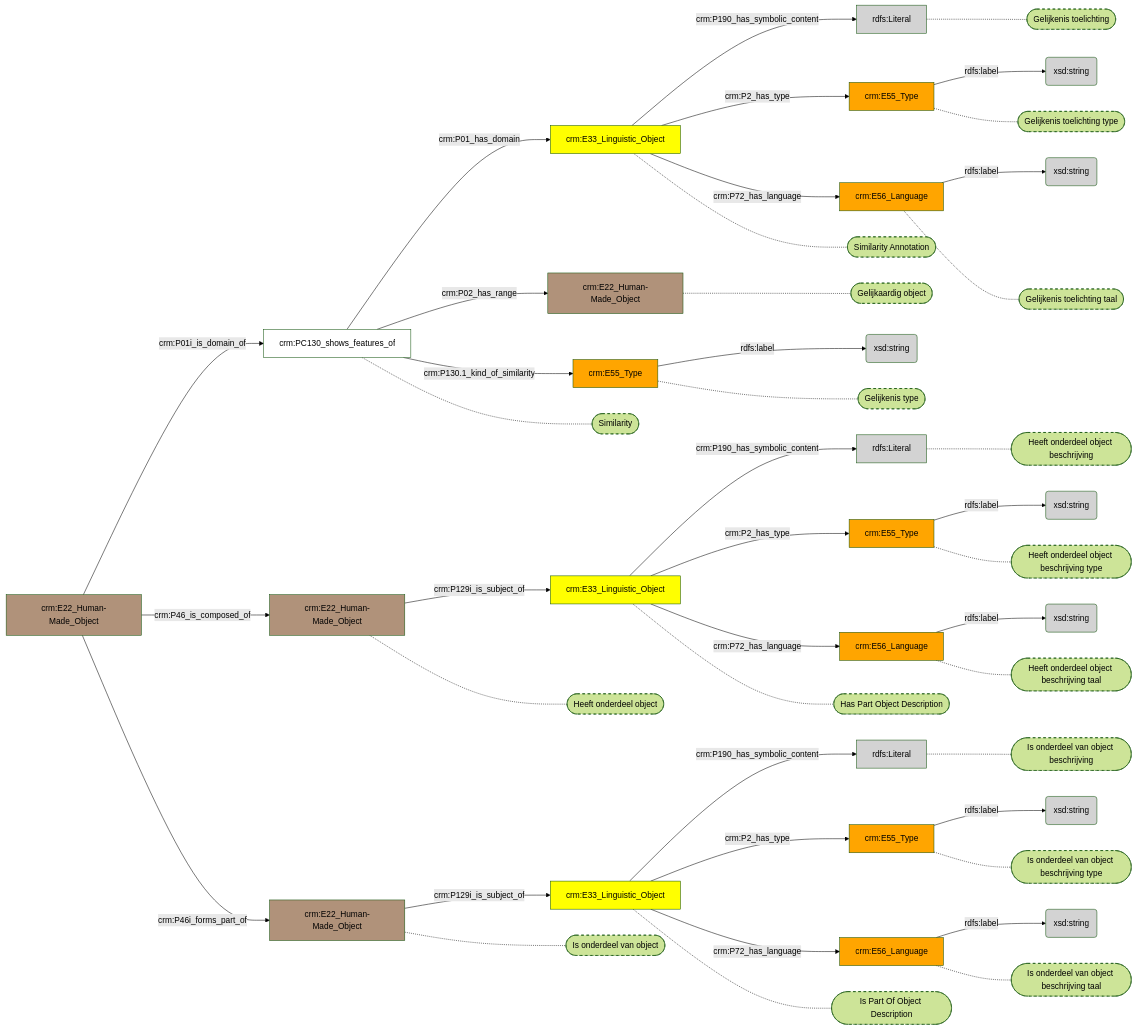
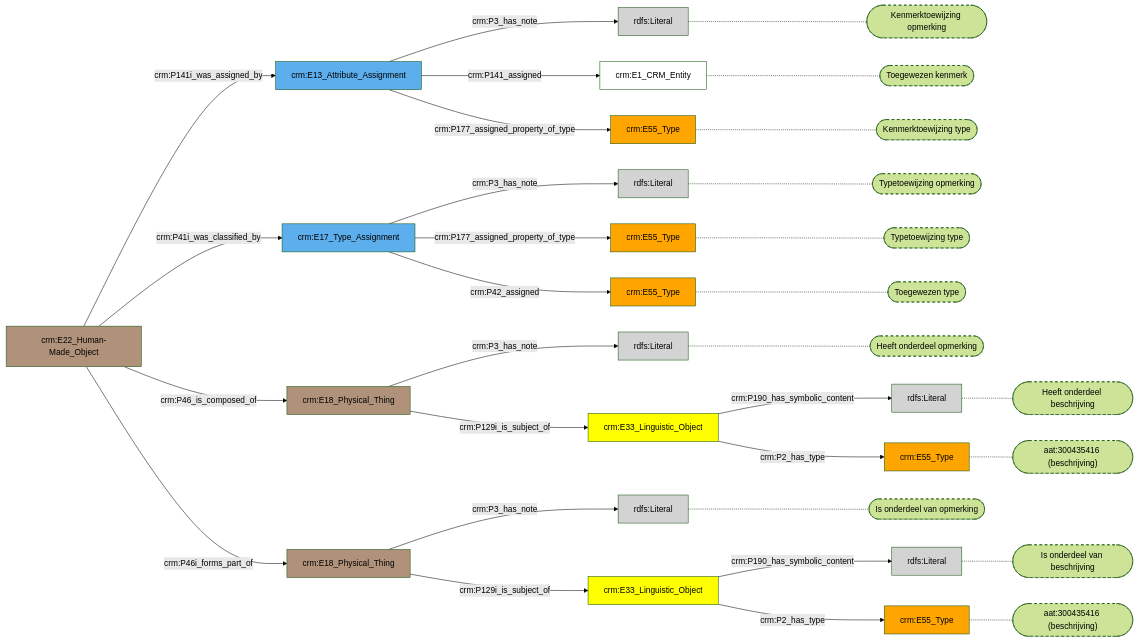
One commit to digipolisantwerpdocumentation/antwerp-cultureel-erfgoed changed the diagram in docs/content/modellen/MuseologicalObject/Verwijzingen.md. Above: the diagram before and after it, drawn with Mermaid (forest theme). The commit also changed 170 other files, not shown here.

````diff
--- a/docs/content/modellen/MuseologicalObject/Verwijzingen.md
+++ b/docs/content/modellen/MuseologicalObject/Verwijzingen.md
@@ -1,86 +1,64 @@
 ```mermaid
 graph LR
-6667fc1a-7c8b-11ee-b60e-00163e71351b["crm:E33_Linguistic_Object"]-->|"crm:P190_has_symbolic_content"|66680264-7c8b-11ee-b60e-00163e71351b(rdfs:Literal)
-6667fff8-7c8b-11ee-b60e-00163e71351b["crm:E55_Type"]-->|"rdfs:label"|6668044e-7c8b-11ee-b60e-00163e71351b(xsd:string)
-6668016a-7c8b-11ee-b60e-00163e71351b["crm:E56_Language"]-->|"rdfs:label"|6668035e-7c8b-11ee-b60e-00163e71351b(xsd:string)
-911ac432-7c8c-11ee-a49f-00163e71351b["crm:E33_Linguistic_Object"]-->|"crm:P190_has_symbolic_content"|911aca68-7c8c-11ee-a49f-00163e71351b(rdfs:Literal)
-911ac838-7c8c-11ee-a49f-00163e71351b["crm:E55_Type"]-->|"rdfs:label"|911acc34-7c8c-11ee-a49f-00163e71351b(xsd:string)
-911ac96e-7c8c-11ee-a49f-00163e71351b["crm:E56_Language"]-->|"rdfs:label"|911acb4e-7c8c-11ee-a49f-00163e71351b(xsd:string)
-e12c2308-1012-11ee-b0c4-00163e71351b["crm:E55_Type"]-->|"rdfs:label"|2dac340c-20bc-11ee-a9ac-00163e71351b(xsd:string)
-ff7b00a6-7c8a-11ee-a49f-00163e71351b["crm:E33_Linguistic_Object"]-->|"crm:P190_has_symbolic_content"|ff7b1d48-7c8a-11ee-a49f-00163e71351b(rdfs:Literal)
-ff7b1af0-7c8a-11ee-a49f-00163e71351b["crm:E55_Type"]-->|"rdfs:label"|ff7b1f6e-7c8a-11ee-a49f-00163e71351b(xsd:string)
-ff7b1c44-7c8a-11ee-a49f-00163e71351b["crm:E56_Language"]-->|"rdfs:label"|ff7b1e7e-7c8a-11ee-a49f-00163e71351b(xsd:string)
-261b3b98-45a1-11ee-bc5c-00163e71351b["crm:E22_Human-Made_Object"]-->|"crm:P129i_is_subject_of"|ff7b00a6-7c8a-11ee-a49f-00163e71351b["crm:E33_Linguistic_Object"]
-6667fc1a-7c8b-11ee-b60e-00163e71351b["crm:E33_Linguistic_Object"]-->|"crm:P2_has_type"|6667fff8-7c8b-11ee-b60e-00163e71351b["crm:E55_Type"]
-6667fc1a-7c8b-11ee-b60e-00163e71351b["crm:E33_Linguistic_Object"]-->|"crm:P72_has_language"|6668016a-7c8b-11ee-b60e-00163e71351b["crm:E56_Language"]
-911ac432-7c8c-11ee-a49f-00163e71351b["crm:E33_Linguistic_Object"]-->|"crm:P2_has_type"|911ac838-7c8c-11ee-a49f-00163e71351b["crm:E55_Type"]
-911ac432-7c8c-11ee-a49f-00163e71351b["crm:E33_Linguistic_Object"]-->|"crm:P72_has_language"|911ac96e-7c8c-11ee-a49f-00163e71351b["crm:E56_Language"]
-c4cb4c24-45a1-11ee-bc5c-00163e71351b["crm:E22_Human-Made_Object"]-->|"crm:P129i_is_subject_of"|6667fc1a-7c8b-11ee-b60e-00163e71351b["crm:E33_Linguistic_Object"]
-ede4725e-100c-11ee-a9ac-00163e71351b["crm:PC130_shows_features_of"]-->|"crm:P01_has_domain"|911ac432-7c8c-11ee-a49f-00163e71351b["crm:E33_Linguistic_Object"]
-ede4725e-100c-11ee-a9ac-00163e71351b["crm:PC130_shows_features_of"]-->|"crm:P02_has_range"|bf90198e-1012-11ee-a9ac-00163e71351b["crm:E22_Human-Made_Object"]
-ede4725e-100c-11ee-a9ac-00163e71351b["crm:PC130_shows_features_of"]-->|"crm:P130.1_kind_of_similarity"|e12c2308-1012-11ee-b0c4-00163e71351b["crm:E55_Type"]
-fa95cea2-dd27-11ed-9655-00163e71351b["crm:E22_Human-Made_Object"]-->|"crm:P01i_is_domain_of"|ede4725e-100c-11ee-a9ac-00163e71351b["crm:PC130_shows_features_of"]
-fa95cea2-dd27-11ed-9655-00163e71351b["crm:E22_Human-Made_Object"]-->|"crm:P46_is_composed_of"|261b3b98-45a1-11ee-bc5c-00163e71351b["crm:E22_Human-Made_Object"]
-fa95cea2-dd27-11ed-9655-00163e71351b["crm:E22_Human-Made_Object"]-->|"crm:P46i_forms_part_of"|c4cb4c24-45a1-11ee-bc5c-00163e71351b["crm:E22_Human-Made_Object"]
-ff7b00a6-7c8a-11ee-a49f-00163e71351b["crm:E33_Linguistic_Object"]-->|"crm:P2_has_type"|ff7b1af0-7c8a-11ee-a49f-00163e71351b["crm:E55_Type"]
-ff7b00a6-7c8a-11ee-a49f-00163e71351b["crm:E33_Linguistic_Object"]-->|"crm:P72_has_language"|ff7b1c44-7c8a-11ee-a49f-00163e71351b["crm:E56_Language"]
-ff7b00a6-7c8a-11ee-a49f-00163e71351b["crm:E33_Linguistic_Object"]-.-ff7b00a6-7c8a-11ee-a49f-00163e71351b_s(["Has Part Object Description"])
-66680264-7c8b-11ee-b60e-00163e71351b["rdfs:Literal"]-.-66680264-7c8b-11ee-b60e-00163e71351b_s(["Is onderdeel van object beschrijving"])
-6667fff8-7c8b-11ee-b60e-00163e71351b["crm:E55_Type"]-.-6667fff8-7c8b-11ee-b60e-00163e71351b_s(["Is onderdeel van object beschrijving type"])
-6668016a-7c8b-11ee-b60e-00163e71351b["crm:E56_Language"]-.-6668016a-7c8b-11ee-b60e-00163e71351b_s(["Is onderdeel van object beschrijving taal"])
-911aca68-7c8c-11ee-a49f-00163e71351b["rdfs:Literal"]-.-911aca68-7c8c-11ee-a49f-00163e71351b_s(["Gelijkenis toelichting"])
-911ac838-7c8c-11ee-a49f-00163e71351b["crm:E55_Type"]-.-911ac838-7c8c-11ee-a49f-00163e71351b_s(["Gelijkenis toelichting type"])
-911ac96e-7c8c-11ee-a49f-00163e71351b["crm:E56_Language"]-.-911ac96e-7c8c-11ee-a49f-00163e71351b_s(["Gelijkenis toelichting taal"])
-6667fc1a-7c8b-11ee-b60e-00163e71351b["crm:E33_Linguistic_Object"]-.-6667fc1a-7c8b-11ee-b60e-00163e71351b_s(["Is Part Of Object Description"])
-911ac432-7c8c-11ee-a49f-00163e71351b["crm:E33_Linguistic_Object"]-.-911ac432-7c8c-11ee-a49f-00163e71351b_s(["Similarity Annotation"])
-bf90198e-1012-11ee-a9ac-00163e71351b["crm:E22_Human-Made_Object"]-.-bf90198e-1012-11ee-a9ac-00163e71351b_s(["Gelijkaardig object"])
-e12c2308-1012-11ee-b0c4-00163e71351b["crm:E55_Type"]-.-e12c2308-1012-11ee-b0c4-00163e71351b_s(["Gelijkenis type"])
-ede4725e-100c-11ee-a9ac-00163e71351b["crm:PC130_shows_features_of"]-.-ede4725e-100c-11ee-a9ac-00163e71351b_s(["Similarity"])
-261b3b98-45a1-11ee-bc5c-00163e71351b["crm:E22_Human-Made_Object"]-.-261b3b98-45a1-11ee-bc5c-00163e71351b_s(["Heeft onderdeel object"])
-c4cb4c24-45a1-11ee-bc5c-00163e71351b["crm:E22_Human-Made_Object"]-.-c4cb4c24-45a1-11ee-bc5c-00163e71351b_s(["Is onderdeel van object"])
-ff7b1d48-7c8a-11ee-a49f-00163e71351b["rdfs:Literal"]-.-ff7b1d48-7c8a-11ee-a49f-00163e71351b_s(["Heeft onderdeel object beschrijving"])
-ff7b1af0-7c8a-11ee-a49f-00163e71351b["crm:E55_Type"]-.-ff7b1af0-7c8a-11ee-a49f-00163e71351b_s(["Heeft onderdeel object beschrijving type"])
-ff7b1c44-7c8a-11ee-a49f-00163e71351b["crm:E56_Language"]-.-ff7b1c44-7c8a-11ee-a49f-00163e71351b_s(["Heeft onderdeel object beschrijving taal"])
-style ff7b00a6-7c8a-11ee-a49f-00163e71351b_s stroke-dasharray: 5
-style 66680264-7c8b-11ee-b60e-00163e71351b_s stroke-dasharray: 5
-style 6667fff8-7c8b-11ee-b60e-00163e71351b_s stroke-dasharray: 5
-style 6668016a-7c8b-11ee-b60e-00163e71351b_s stroke-dasharray: 5
-style 911aca68-7c8c-11ee-a49f-00163e71351b_s stroke-dasharray: 5
-style 911ac838-7c8c-11ee-a49f-00163e71351b_s stroke-dasharray: 5
-style 911ac96e-7c8c-11ee-a49f-00163e71351b_s stroke-dasharray: 5
-style 6667fc1a-7c8b-11ee-b60e-00163e71351b_s stroke-dasharray: 5
-style 911ac432-7c8c-11ee-a49f-00163e71351b_s stroke-dasharray: 5
-style bf90198e-1012-11ee-a9ac-00163e71351b_s stroke-dasharray: 5
-style e12c2308-1012-11ee-b0c4-00163e71351b_s stroke-dasharray: 5
-style ede4725e-100c-11ee-a9ac-00163e71351b_s stroke-dasharray: 5
-style 261b3b98-45a1-11ee-bc5c-00163e71351b_s stroke-dasharray: 5
-style c4cb4c24-45a1-11ee-bc5c-00163e71351b_s stroke-dasharray: 5
-style ff7b1d48-7c8a-11ee-a49f-00163e71351b_s stroke-dasharray: 5
-style ff7b1af0-7c8a-11ee-a49f-00163e71351b_s stroke-dasharray: 5
-style ff7b1c44-7c8a-11ee-a49f-00163e71351b_s stroke-dasharray: 5
-style 261b3b98-45a1-11ee-bc5c-00163e71351b fill:#B0927A
-style 2dac340c-20bc-11ee-a9ac-00163e71351b fill:#D3D3D3
-style 6667fc1a-7c8b-11ee-b60e-00163e71351b fill:#ffff00
-style 6667fff8-7c8b-11ee-b60e-00163e71351b fill:#ffa500
-style 6668016a-7c8b-11ee-b60e-00163e71351b fill:#ffa500
-style 66680264-7c8b-11ee-b60e-00163e71351b fill:#D3D3D3
-style 6668035e-7c8b-11ee-b60e-00163e71351b fill:#D3D3D3
-style 6668044e-7c8b-11ee-b60e-00163e71351b fill:#D3D3D3
-style 911ac432-7c8c-11ee-a49f-00163e71351b fill:#ffff00
-style 911ac838-7c8c-11ee-a49f-00163e71351b fill:#ffa500
-style 911ac96e-7c8c-11ee-a49f-00163e71351b fill:#ffa500
-style 911aca68-7c8c-11ee-a49f-00163e71351b fill:#D3D3D3
-style 911acb4e-7c8c-11ee-a49f-00163e71351b fill:#D3D3D3
-style 911acc34-7c8c-11ee-a49f-00163e71351b fill:#D3D3D3
-style bf90198e-1012-11ee-a9ac-00163e71351b fill:#B0927A
-style c4cb4c24-45a1-11ee-bc5c-00163e71351b fill:#B0927A
-style e12c2308-1012-11ee-b0c4-00163e71351b fill:#ffa500
-style ede4725e-100c-11ee-a9ac-00163e71351b fill:#ffffff
+style 13037bd2-181f-11ef-8625-960002548b4f fill:#5DAEEC
+style 13037e31-181f-11ef-8b75-960002548b4f fill:#ffa500
+style 13037ee1-181f-11ef-9f3d-960002548b4f fill:#D3D3D3
+style 13037f63-181f-11ef-860a-960002548b4f fill:#ffffff
+style 2de9cc6c-136b-11ef-bcb7-960002548b4f fill:#D3D3D3
+style 481b1292-136a-11ef-992f-960002548b4f fill:#B0927A
+style 4ae00d89-12d0-11ef-829f-960002548b4f fill:#B0927A
+style 4b2dbaf6-136b-11ef-a9b6-960002548b4f fill:#ffa500
+style 67d7a2d9-136a-11ef-81bd-960002548b4f fill:#D3D3D3
+style 70c64122-1359-11ef-91a0-960002548b4f fill:#ffff00
+style aa7e3142-12d0-11ef-bf9e-960002548b4f fill:#D3D3D3
+style b6658160-1359-11ef-b19a-960002548b4f fill:#ffa500
+style e233ecd1-136a-11ef-8896-960002548b4f fill:#ffff00
+style f48c7ee6-1359-11ef-beda-960002548b4f fill:#D3D3D3
 style fa95cea2-dd27-11ed-9655-00163e71351b fill:#B0927A
-style ff7b00a6-7c8a-11ee-a49f-00163e71351b fill:#ffff00
-style ff7b1af0-7c8a-11ee-a49f-00163e71351b fill:#ffa500
-style ff7b1c44-7c8a-11ee-a49f-00163e71351b fill:#ffa500
-style ff7b1d48-7c8a-11ee-a49f-00163e71351b fill:#D3D3D3
-style ff7b1e7e-7c8a-11ee-a49f-00163e71351b fill:#D3D3D3
-style ff7b1f6e-7c8a-11ee-a49f-00163e71351b fill:#D3D3D3
+style feacd607-181e-11ef-9739-960002548b4f fill:#5DAEEC
+style feacd83c-181e-11ef-ba0b-960002548b4f fill:#ffa500
+style feacd8ea-181e-11ef-bb50-960002548b4f fill:#ffa500
+style feacda5f-181e-11ef-9a6c-960002548b4f fill:#D3D3D3
+13037bd2-181f-11ef-8625-960002548b4f["crm:E13_Attribute_Assignment"]-->|"crm:P3_has_note"|13037ee1-181f-11ef-9f3d-960002548b4f(rdfs:Literal)
+481b1292-136a-11ef-992f-960002548b4f["crm:E18_Physical_Thing"]-->|"crm:P3_has_note"|67d7a2d9-136a-11ef-81bd-960002548b4f(rdfs:Literal)
+4ae00d89-12d0-11ef-829f-960002548b4f["crm:E18_Physical_Thing"]-->|"crm:P3_has_note"|aa7e3142-12d0-11ef-bf9e-960002548b4f(rdfs:Literal)
+70c64122-1359-11ef-91a0-960002548b4f["crm:E33_Linguistic_Object"]-->|"crm:P190_has_symbolic_content"|f48c7ee6-1359-11ef-beda-960002548b4f(rdfs:Literal)
+e233ecd1-136a-11ef-8896-960002548b4f["crm:E33_Linguistic_Object"]-->|"crm:P190_has_symbolic_content"|2de9cc6c-136b-11ef-bcb7-960002548b4f(rdfs:Literal)
+feacd607-181e-11ef-9739-960002548b4f["crm:E17_Type_Assignment"]-->|"crm:P3_has_note"|feacda5f-181e-11ef-9a6c-960002548b4f(rdfs:Literal)
+style 13037f63-181f-11ef-860a-960002548b4f_s stroke-dasharray: 5
+style 13037e31-181f-11ef-8b75-960002548b4f_s stroke-dasharray: 5
+style 13037ee1-181f-11ef-9f3d-960002548b4f_s stroke-dasharray: 5
+style 67d7a2d9-136a-11ef-81bd-960002548b4f_s stroke-dasharray: 5
+style aa7e3142-12d0-11ef-bf9e-960002548b4f_s stroke-dasharray: 5
+style f48c7ee6-1359-11ef-beda-960002548b4f_s stroke-dasharray: 5
+style b6658160-1359-11ef-b19a-960002548b4f_s stroke-dasharray: 5
+style 2de9cc6c-136b-11ef-bcb7-960002548b4f_s stroke-dasharray: 5
+style 4b2dbaf6-136b-11ef-a9b6-960002548b4f_s stroke-dasharray: 5
+style feacd83c-181e-11ef-ba0b-960002548b4f_s stroke-dasharray: 5
+style feacda5f-181e-11ef-9a6c-960002548b4f_s stroke-dasharray: 5
+style feacd8ea-181e-11ef-bb50-960002548b4f_s stroke-dasharray: 5
+13037f63-181f-11ef-860a-960002548b4f["crm:E1_CRM_Entity"]-.-13037f63-181f-11ef-860a-960002548b4f_s(["Toegewezen kenmerk"])
+13037e31-181f-11ef-8b75-960002548b4f["crm:E55_Type"]-.-13037e31-181f-11ef-8b75-960002548b4f_s(["Kenmerktoewijzing type"])
+13037ee1-181f-11ef-9f3d-960002548b4f["rdfs:Literal"]-.-13037ee1-181f-11ef-9f3d-960002548b4f_s(["Kenmerktoewijzing opmerking"])
+67d7a2d9-136a-11ef-81bd-960002548b4f["rdfs:Literal"]-.-67d7a2d9-136a-11ef-81bd-960002548b4f_s(["Heeft onderdeel opmerking"])
+aa7e3142-12d0-11ef-bf9e-960002548b4f["rdfs:Literal"]-.-aa7e3142-12d0-11ef-bf9e-960002548b4f_s(["Is onderdeel van opmerking"])
+f48c7ee6-1359-11ef-beda-960002548b4f["rdfs:Literal"]-.-f48c7ee6-1359-11ef-beda-960002548b4f_s(["Is onderdeel van beschrijving"])
+b6658160-1359-11ef-b19a-960002548b4f["crm:E55_Type"]-.-b6658160-1359-11ef-b19a-960002548b4f_s(["aat:300435416 (beschrijving)"])
+2de9cc6c-136b-11ef-bcb7-960002548b4f["rdfs:Literal"]-.-2de9cc6c-136b-11ef-bcb7-960002548b4f_s(["Heeft onderdeel beschrijving"])
+4b2dbaf6-136b-11ef-a9b6-960002548b4f["crm:E55_Type"]-.-4b2dbaf6-136b-11ef-a9b6-960002548b4f_s(["aat:300435416 (beschrijving)"])
+feacd83c-181e-11ef-ba0b-960002548b4f["crm:E55_Type"]-.-feacd83c-181e-11ef-ba0b-960002548b4f_s(["Typetoewijzing type"])
+feacda5f-181e-11ef-9a6c-960002548b4f["rdfs:Literal"]-.-feacda5f-181e-11ef-9a6c-960002548b4f_s(["Typetoewijzing opmerking"])
+feacd8ea-181e-11ef-bb50-960002548b4f["crm:E55_Type"]-.-feacd8ea-181e-11ef-bb50-960002548b4f_s(["Toegewezen type"])
+13037bd2-181f-11ef-8625-960002548b4f["crm:E13_Attribute_Assignment"]-->|"crm:P141_assigned"|13037f63-181f-11ef-860a-960002548b4f["crm:E1_CRM_Entity"]
+13037bd2-181f-11ef-8625-960002548b4f["crm:E13_Attribute_Assignment"]-->|"crm:P177_assigned_property_of_type"|13037e31-181f-11ef-8b75-960002548b4f["crm:E55_Type"]
+481b1292-136a-11ef-992f-960002548b4f["crm:E18_Physical_Thing"]-->|"crm:P129i_is_subject_of"|e233ecd1-136a-11ef-8896-960002548b4f["crm:E33_Linguistic_Object"]
+4ae00d89-12d0-11ef-829f-960002548b4f["crm:E18_Physical_Thing"]-->|"crm:P129i_is_subject_of"|70c64122-1359-11ef-91a0-960002548b4f["crm:E33_Linguistic_Object"]
+70c64122-1359-11ef-91a0-960002548b4f["crm:E33_Linguistic_Object"]-->|"crm:P2_has_type"|b6658160-1359-11ef-b19a-960002548b4f["crm:E55_Type"]
+e233ecd1-136a-11ef-8896-960002548b4f["crm:E33_Linguistic_Object"]-->|"crm:P2_has_type"|4b2dbaf6-136b-11ef-a9b6-960002548b4f["crm:E55_Type"]
+fa95cea2-dd27-11ed-9655-00163e71351b["crm:E22_Human-Made_Object"]-->|"crm:P141i_was_assigned_by"|13037bd2-181f-11ef-8625-960002548b4f["crm:E13_Attribute_Assignment"]
+fa95cea2-dd27-11ed-9655-00163e71351b["crm:E22_Human-Made_Object"]-->|"crm:P41i_was_classified_by"|feacd607-181e-11ef-9739-960002548b4f["crm:E17_Type_Assignment"]
+fa95cea2-dd27-11ed-9655-00163e71351b["crm:E22_Human-Made_Object"]-->|"crm:P46_is_composed_of"|481b1292-136a-11ef-992f-960002548b4f["crm:E18_Physical_Thing"]
+fa95cea2-dd27-11ed-9655-00163e71351b["crm:E22_Human-Made_Object"]-->|"crm:P46i_forms_part_of"|4ae00d89-12d0-11ef-829f-960002548b4f["crm:E18_Physical_Thing"]
+feacd607-181e-11ef-9739-960002548b4f["crm:E17_Type_Assignment"]-->|"crm:P177_assigned_property_of_type"|feacd83c-181e-11ef-ba0b-960002548b4f["crm:E55_Type"]
+feacd607-181e-11ef-9739-960002548b4f["crm:E17_Type_Assignment"]-->|"crm:P42_assigned"|feacd8ea-181e-11ef-bb50-960002548b4f["crm:E55_Type"]
 ```
````
